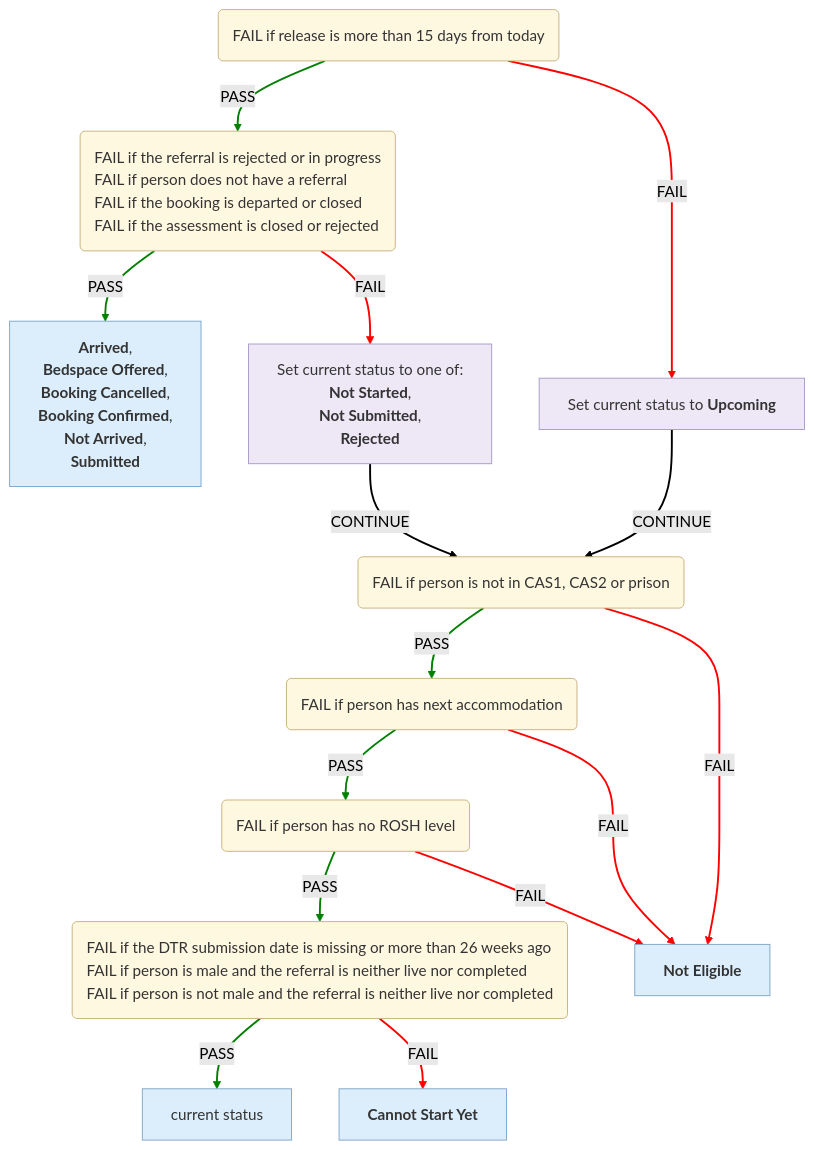
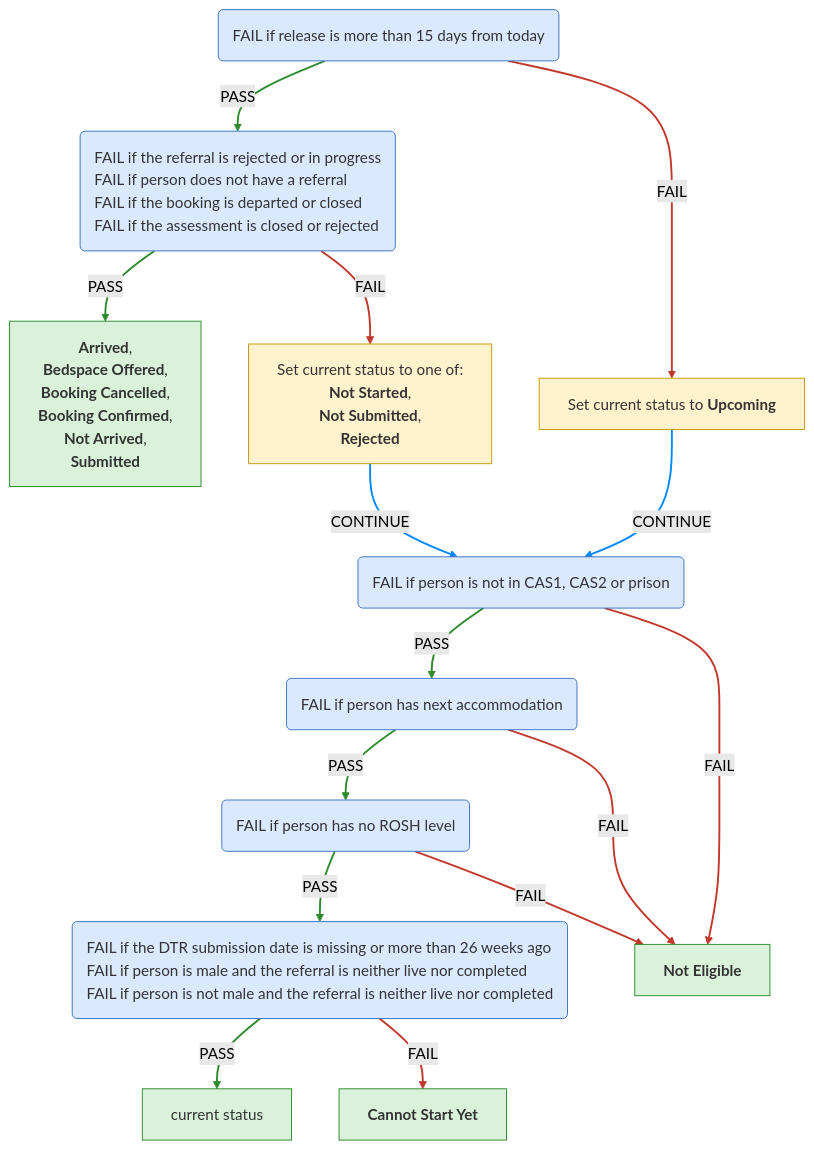
The third of 6 diagrams in docs/eligibility-rules-graph.md (ministryofjustice/hmpps-single-accommodation-service-api), drawn with Mermaid (forest theme) before and after one commit. The commit also changed other lines of this file and 47 other files, not shown here.

Commit message:
wip-cas1-cards-graph

````diff
--- a/docs/eligibility-rules-graph.md
+++ b/docs/eligibility-rules-graph.md
@@ -304,52 +321,52 @@
 ```mermaid
 %%{init: {"flowchart": {"wrappingWidth": 800}}}%%
 flowchart TD
-  Release_Within_15_Days("<div style='text-align:left'>FAIL if release is more than 15 days from today</div>")
-  CAS3_Referral("<div style='text-align:left'>FAIL if the referral is rejected or in progress
+  PASS_if_person_can_start_referral("<div style='text-align:left'>FAIL if release is more than 15 days from today</div>")
+  PASS_if_person_has_an_active_referral("<div style='text-align:left'>FAIL if the referral is rejected or in progress
 FAIL if person does not have a referral
 FAIL if the booking is departed or closed
 FAIL if the assessment is closed or rejected</div>")
   outcome_Cas3ActiveContextUpdater["<b>Arrived</b>,
  <b>Bedspace Offered</b>,
  <b>Booking Cancelled</b>,
  <b>Booking Confirmed</b>,
  <b>Not Arrived</b>,
  <b>Submitted</b>"]
-  Current_Accommodation_Eligible_For_CAS3("<div style='text-align:left'>FAIL if person is not in CAS1, CAS2 or prison</div>")
-  No_Next_Accommodation("<div style='text-align:left'>FAIL if person has next accommodation</div>")
-  ROSH_Eligible("<div style='text-align:left'>FAIL if person has no ROSH level</div>")
-  Prerequisite("<div style='text-align:left'>FAIL if the DTR submission date is missing or more than 26 weeks ago
+  PASS_if_person_is_in_prison__CAS1_or_CAS2("<div style='text-align:left'>FAIL if person is not in CAS1, CAS2 or prison</div>")
+  PASS_if_person_does_not_have_a_next_accommodation("<div style='text-align:left'>FAIL if person has next accommodation</div>")
+  PASS_if_person_has_a_ROSH_level("<div style='text-align:left'>FAIL if person has no ROSH level</div>")
+  PASS_if_person_has_a_valid_DTR_and_CRS("<div style='text-align:left'>FAIL if the DTR submission date is missing or more than 26 weeks ago
 FAIL if person is male and the referral is neither live nor completed
 FAIL if person is not male and the referral is neither live nor completed</div>")
   confirmed["current status"]
   outcome_Cas3CannotStartContextUpdater["<b>Cannot Start Yet</b>"]
   CAS3_NOT_ELIGIBLE["<b>Not Eligible</b>"]
-  updater_Cas3StartContextUpdater_Current_Accommodation_Eligible_For_CAS3["Set current status to one of:
+  updater_Cas3StartContextUpdater_PASS_if_person_is_in_prison__CAS1_or_CAS2["Set current status to one of:
 <b>Not Started</b>,
  <b>Not Submitted</b>,
  <b>Rejected</b>"]
-  updater_Cas3UpcomingContextUpdater_Current_Accommodation_Eligible_For_CAS3["Set current status to <b>Upcoming</b>"]
-  CAS3_Referral -->|PASS| outcome_Cas3ActiveContextUpdater
-  Prerequisite -->|PASS| confirmed
-  Prerequisite -->|FAIL| outcome_Cas3CannotStartContextUpdater
-  ROSH_Eligible -->|PASS| Prerequisite
-  ROSH_Eligible -->|FAIL| CAS3_NOT_ELIGIBLE
-  No_Next_Accommodation -->|PASS| ROSH_Eligible
-  No_Next_Accommodation -->|FAIL| CAS3_NOT_ELIGIBLE
-  Current_Accommodation_Eligible_For_CAS3 -->|PASS| No_Next_Accommodation
-  Current_Accommodation_Eligible_For_CAS3 -->|FAIL| CAS3_NOT_ELIGIBLE
-  CAS3_Referral -->|FAIL| updater_Cas3StartContextUpdater_Current_Accommodation_Eligible_For_CAS3
-  updater_Cas3StartContextUpdater_Current_Accommodation_Eligible_For_CAS3 -->|CONTINUE| Current_Accommodation_Eligible_For_CAS3
-  Release_Within_15_Days -->|PASS| CAS3_Referral
-  Release_Within_15_Days -->|FAIL| updater_Cas3UpcomingContextUpdater_Current_Accommodation_Eligible_For_CAS3
-  updater_Cas3UpcomingContextUpdater_Current_Accommodation_Eligible_For_CAS3 -->|CONTINUE| Current_Accommodation_Eligible_For_CAS3
-  linkStyle 0,1,3,5,7,11 stroke:green,stroke-width:2px
-  linkStyle 2,4,6,8,9,12 stroke:red,stroke-width:2px
-  linkStyle 10,13 stroke:black,stroke-width:2px
-  classDef ruleSetNode fill:#FFF8E1,stroke:#C9B37E,color:#333
-  classDef outcomeNode fill:#DCEEFB,stroke:#7FA7C9,color:#333
-  classDef updaterNode fill:#EDE7F6,stroke:#A99BC9,color:#333
-  class Release_Within_15_Days,CAS3_Referral,Current_Accommodation_Eligible_For_CAS3,No_Next_Accommodation,ROSH_Eligible,Prerequisite ruleSetNode
+  updater_Cas3UpcomingContextUpdater_PASS_if_person_is_in_prison__CAS1_or_CAS2["Set current status to <b>Upcoming</b>"]
+  PASS_if_person_has_an_active_referral -->|PASS| outcome_Cas3ActiveContextUpdater
+  PASS_if_person_has_a_valid_DTR_and_CRS -->|PASS| confirmed
+  PASS_if_person_has_a_valid_DTR_and_CRS -->|FAIL| outcome_Cas3CannotStartContextUpdater
+  PASS_if_person_has_a_ROSH_level -->|PASS| PASS_if_person_has_a_valid_DTR_and_CRS
+  PASS_if_person_has_a_ROSH_level -->|FAIL| CAS3_NOT_ELIGIBLE
+  PASS_if_person_does_not_have_a_next_accommodation -->|PASS| PASS_if_person_has_a_ROSH_level
+  PASS_if_person_does_not_have_a_next_accommodation -->|FAIL| CAS3_NOT_ELIGIBLE
+  PASS_if_person_is_in_prison__CAS1_or_CAS2 -->|PASS| PASS_if_person_does_not_have_a_next_accommodation
+  PASS_if_person_is_in_prison__CAS1_or_CAS2 -->|FAIL| CAS3_NOT_ELIGIBLE
+  PASS_if_person_has_an_active_referral -->|FAIL| updater_Cas3StartContextUpdater_PASS_if_person_is_in_prison__CAS1_or_CAS2
+  updater_Cas3StartContextUpdater_PASS_if_person_is_in_prison__CAS1_or_CAS2 -->|CONTINUE| PASS_if_person_is_in_prison__CAS1_or_CAS2
+  PASS_if_person_can_start_referral -->|PASS| PASS_if_person_has_an_active_referral
+  PASS_if_person_can_start_referral -->|FAIL| updater_Cas3UpcomingContextUpdater_PASS_if_person_is_in_prison__CAS1_or_CAS2
+  updater_Cas3UpcomingContextUpdater_PASS_if_person_is_in_prison__CAS1_or_CAS2 -->|CONTINUE| PASS_if_person_is_in_prison__CAS1_or_CAS2
+  linkStyle 0,1,3,5,7,11 stroke:#2e8b2e,stroke-width:2px
+  linkStyle 2,4,6,8,9,12 stroke:#c0392b,stroke-width:2px
+  linkStyle 10,13 stroke:#0088ff,stroke-width:2px
+  classDef ruleSetNode fill:#dbe9ff,stroke:#3b73c4,color:#333
+  classDef outcomeNode fill:#d9f2d9,stroke:#2e8b2e,color:#333
+  classDef updaterNode fill:#fff2cc,stroke:#c99a00,color:#333
+  class PASS_if_person_can_start_referral,PASS_if_person_has_an_active_referral,PASS_if_person_is_in_prison__CAS1_or_CAS2,PASS_if_person_does_not_have_a_next_accommodation,PASS_if_person_has_a_ROSH_level,PASS_if_person_has_a_valid_DTR_and_CRS ruleSetNode
   class outcome_Cas3ActiveContextUpdater,confirmed,outcome_Cas3CannotStartContextUpdater,CAS3_NOT_ELIGIBLE outcomeNode
-  class updater_Cas3StartContextUpdater_Current_Accommodation_Eligible_For_CAS3,updater_Cas3UpcomingContextUpdater_Current_Accommodation_Eligible_For_CAS3 updaterNode
+  class updater_Cas3StartContextUpdater_PASS_if_person_is_in_prison__CAS1_or_CAS2,updater_Cas3UpcomingContextUpdater_PASS_if_person_is_in_prison__CAS1_or_CAS2 updaterNode
 ```
````
